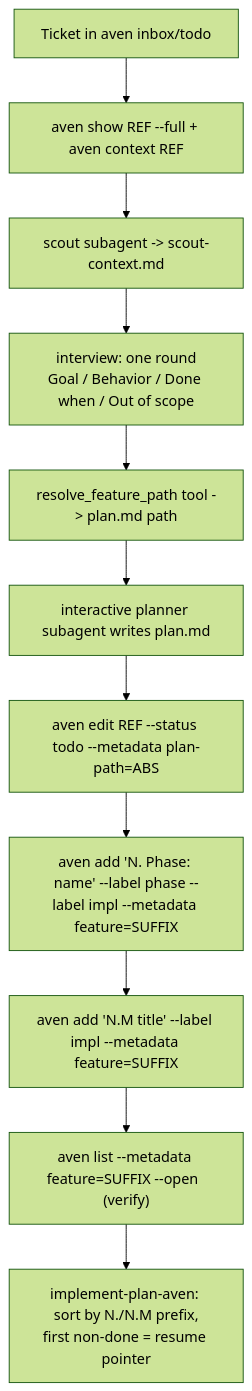
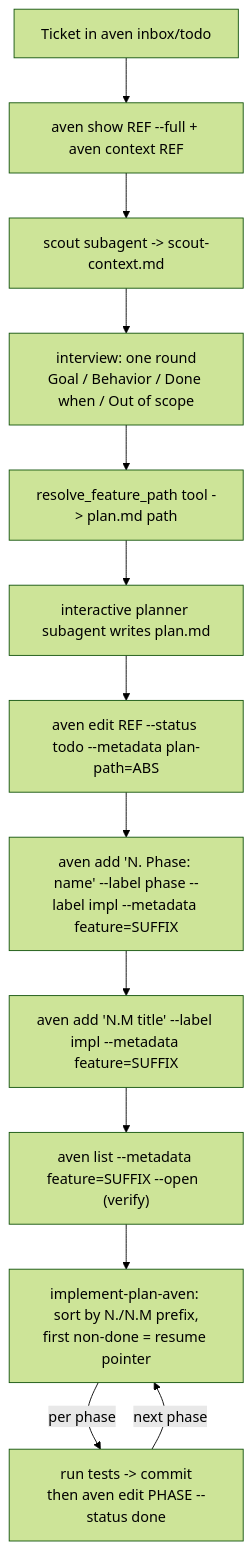
One commit to gtheys/pi-my-rifle-ext changed the diagram in skills/engineering/feature-plan-aven/SKILL.md. Above: the diagram before and after it, drawn with Mermaid (forest theme). The commit also changed other lines of this file, not shown here.

First line of the commit message:
feat(feature-plan-aven): enforce test/commit cycle per phase

````diff
--- a/skills/engineering/feature-plan-aven/SKILL.md
+++ b/skills/engineering/feature-plan-aven/SKILL.md
@@ -21,13 +21,15 @@
 ```mermaid
 flowchart TD
   A[Ticket in aven inbox/todo] --> B["aven show REF --full + aven context REF"]
   B --> C[scout subagent -> scout-context.md]
   C --> D[interview: one round<br/>Goal / Behavior / Done when / Out of scope]
   D --> E["resolve_feature_path tool -> plan.md path"]
   E --> F[interactive planner subagent writes plan.md]
   F --> G["aven edit REF --status todo --metadata plan-path=ABS"]
   G --> H["aven add 'N. Phase: name' --label phase --label impl --metadata feature=SUFFIX"]
   H --> I["aven add 'N.M title' --label impl --metadata feature=SUFFIX"]
   I --> J["aven list --metadata feature=SUFFIX --open  (verify)"]
   J --> K["implement-plan-aven: sort by N./N.M prefix,<br/>first non-done = resume pointer"]
+  K -->|per phase| L["run tests -> commit<br/>then aven edit PHASE --status done"]
+  L -->|next phase| K
 ```
````
